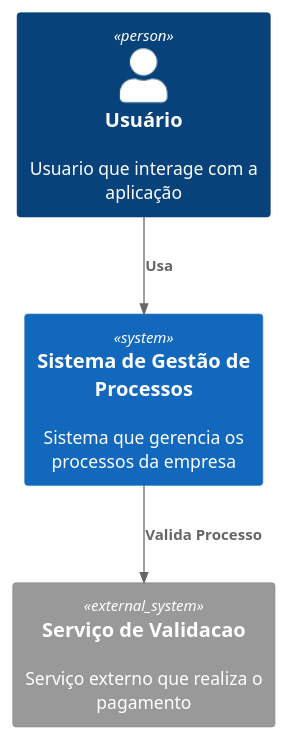
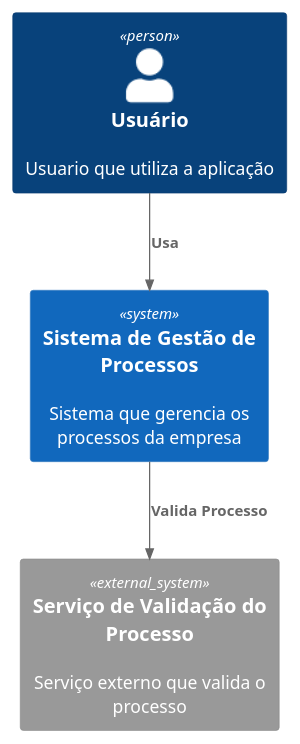
One commit to samoryfiotec/C4 changed the diagram in Contexto.puml. Above: the diagram before and after it, drawn with PlantUML. The commit also changed 2 other files, not shown here.

Commit message:
Atualização do diagrama de contexto

```diff
--- a/Contexto.puml
+++ b/Contexto.puml
@@ -1,11 +1,11 @@
 @startuml AplicacaoContext
 !includeurl https://raw.githubusercontent.com/plantuml-stdlib/C4-PlantUML/master/C4_Context.puml
 
-Person(usuario, "Usuário", "Usuario que interage com a aplicação")
+Person(usuario, "Usuário", "Usuario que utiliza a aplicação")
 System(sistemaProcessos, "Sistema de Gestão de Processos", "Sistema que gerencia os processos da empresa")
-System_Ext(servicoValidacao, "Serviço de Validacao", "Serviço externo que realiza o pagamento")
+System_Ext(servicoValidacao, "Serviço de Validação do Processo", "Serviço externo que valida o processo")
 
 Rel(usuario, sistemaProcessos, "Usa")
 Rel(sistemaProcessos, servicoValidacao, "Valida Processo")
 
 @enduml
```
